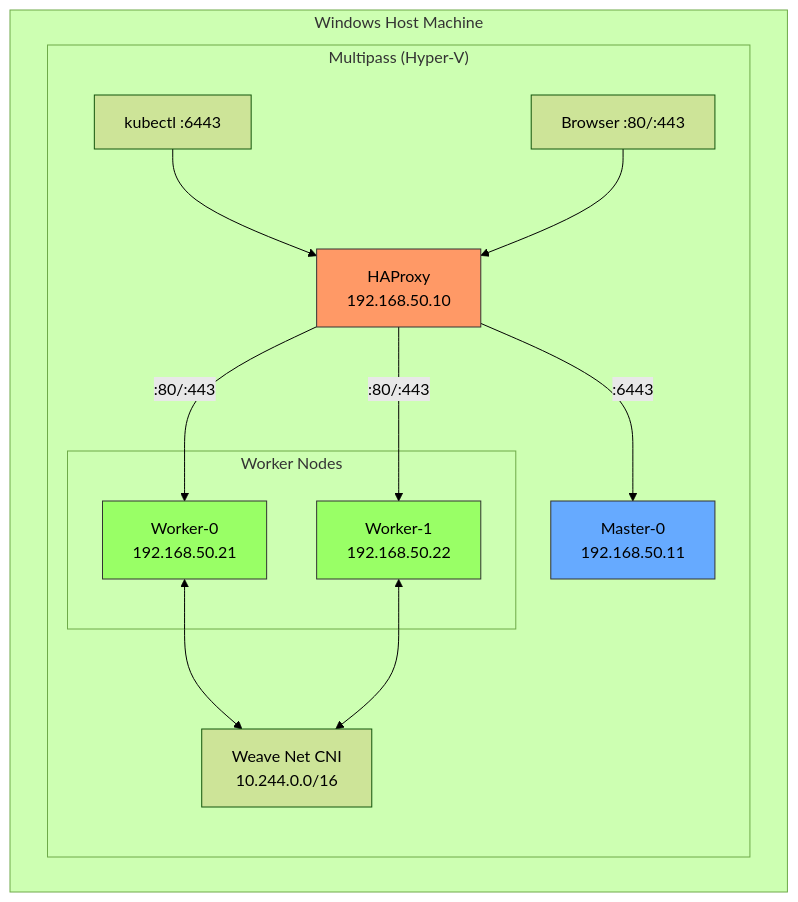
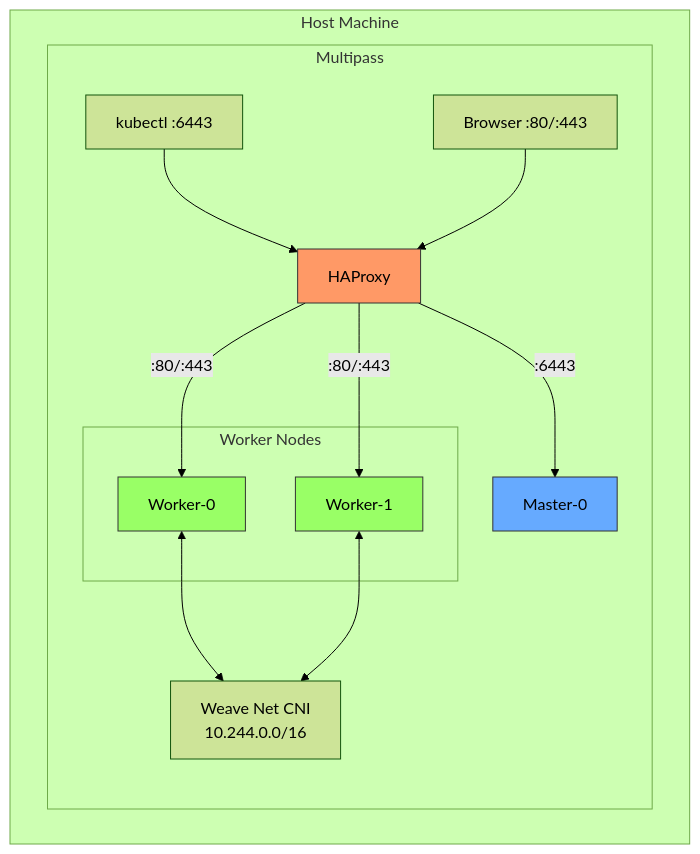
Before and after one commit to TorinKS/kse-labs: the first of 6 diagrams in prepare-local-k8s/docs/architecture.md, drawn with Mermaid (forest theme). The commit also changed other lines of this file and 3 other files, not shown here.

````diff
--- a/prepare-local-k8s/docs/architecture.md
+++ b/prepare-local-k8s/docs/architecture.md
@@ -9,27 +11,27 @@
 ```mermaid
 flowchart TB
-    subgraph host["Windows Host Machine"]
-        subgraph multipass["Multipass (Hyper-V)"]
-            kubectl["kubectl :6443"] --> haproxy["HAProxy<br/>192.168.50.10"]
+    subgraph host["Host Machine"]
+        subgraph multipass["Multipass"]
+            kubectl["kubectl :6443"] --> haproxy["HAProxy"]
             browser["Browser :80/:443"] --> haproxy
 
-            haproxy -->|":6443"| master0["Master-0<br/>192.168.50.11"]
+            haproxy -->|":6443"| master0["Master-0"]
 
             haproxy -->|":80/:443"| worker0
             haproxy -->|":80/:443"| worker1
 
             subgraph workers["Worker Nodes"]
-                worker0["Worker-0<br/>192.168.50.21"]
-                worker1["Worker-1<br/>192.168.50.22"]
+                worker0["Worker-0"]
+                worker1["Worker-1"]
             end
 
             worker0 <--> weave["Weave Net CNI<br/>10.244.0.0/16"]
             worker1 <--> weave
         end
     end
 
     style haproxy fill:#f96,stroke:#333
     style master0 fill:#6af,stroke:#333
     style worker0 fill:#9f6,stroke:#333
     style worker1 fill:#9f6,stroke:#333
 ```
````
